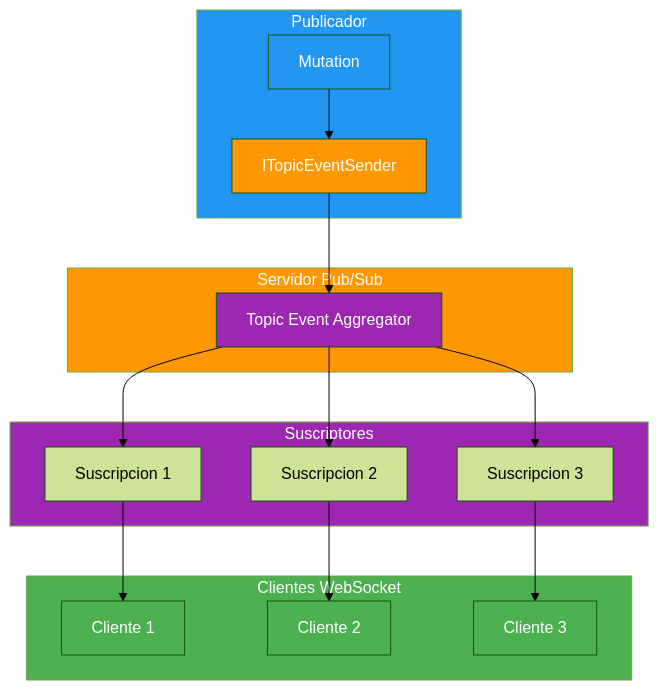
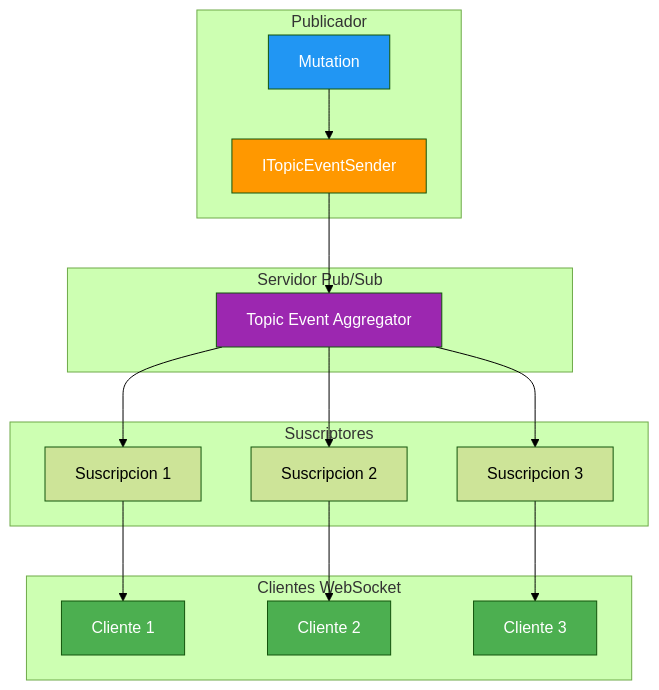
Before and after one commit to joseluisgs/DesarrolloWebEntornosServidor-02-2026-2027: the sixth of 10 diagrams in 19-graphql.md, drawn with Mermaid (forest theme). The commit also changed other lines of this file and 4 other files, not shown here.

Commit message:
docs: quitar el relleno a los subgraf de los diagramas de los temas 01, 10, 11, 19 y 30

````diff
--- a/19-graphql.md
+++ b/19-graphql.md
@@ -741,33 +735,29 @@
 ```mermaid
 graph TB
     subgraph PUBLICADOR["Publicador"]
         A[Mutation] --> B[ITopicEventSender]
     end
 
     subgraph SERVIDOR["Servidor Pub/Sub"]
         B --> C[Topic Event Aggregator]
     end
 
     subgraph SUSCRIPCIONES["Suscriptores"]
         C --> D[Suscripcion 1]
         C --> E[Suscripcion 2]
         C --> F[Suscripcion 3]
     end
 
     subgraph CLIENTES["Clientes WebSocket"]
         D --> G[Cliente 1]
         E --> H[Cliente 2]
         F --> I[Cliente 3]
     end
 
-    style PUBLICADOR fill:#2196F3,color:#fff
-    style SERVIDOR fill:#FF9800,color:#fff
-    style SUSCRIPCIONES fill:#9C27B0,color:#fff
-    style CLIENTES fill:#4CAF50,color:#fff
     style A fill:#2196F3,color:#fff
     style B fill:#FF9800,color:#fff
     style C fill:#9C27B0,color:#fff
     style G fill:#4CAF50,color:#fff
     style H fill:#4CAF50,color:#fff
     style I fill:#4CAF50,color:#fff
 ```
````
